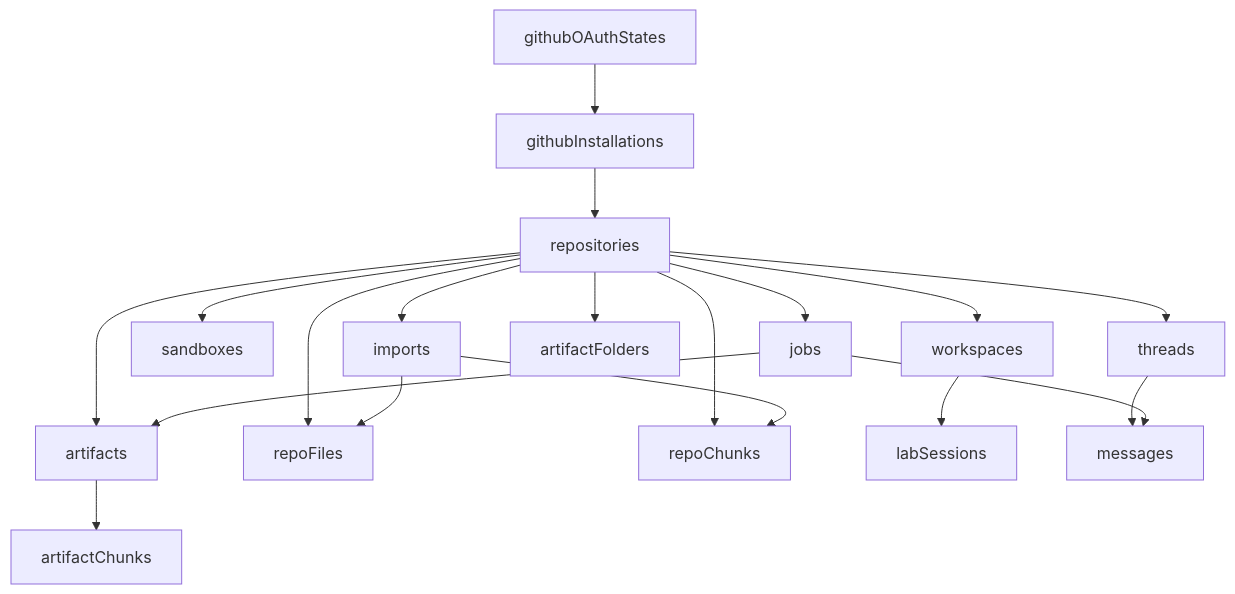
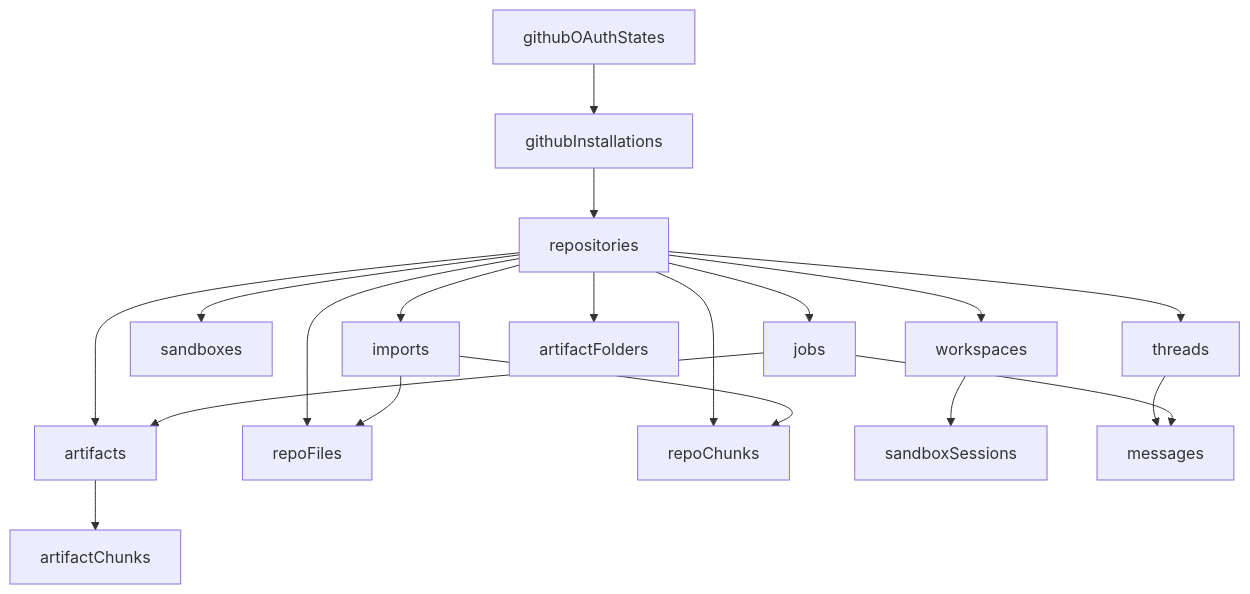
The diagram in docs/domain-and-data-model.md (EricTsai83/systify), drawn with Mermaid before and after one commit. The commit also changed other lines of this file and 63 other files, not shown here.

````diff
--- a/docs/domain-and-data-model.md
+++ b/docs/domain-and-data-model.md
@@ -32,37 +32,37 @@
 ```mermaid
 flowchart TD
   Repository[repositories]
   Import[imports]
   Sandbox[sandboxes]
   Job[jobs]
   Artifact[artifacts]
   RepoFile[repoFiles]
   RepoChunk[repoChunks]
   Workspace[workspaces]
   ArtifactFolder[artifactFolders]
   ArtifactChunk[artifactChunks]
-  LabSession[labSessions]
+  SandboxSession[sandboxSessions]
   Thread[threads]
   Message[messages]
   Installation[githubInstallations]
   OAuthState[githubOAuthStates]
 
   Repository --> Import
   Repository --> Sandbox
   Repository --> Job
   Repository --> Artifact
   Repository --> RepoFile
   Repository --> RepoChunk
   Repository --> Workspace
   Repository --> ArtifactFolder
   Artifact --> ArtifactChunk
-  Workspace --> LabSession
+  Workspace --> SandboxSession
   Repository --> Thread
   Thread --> Message
   Import --> RepoFile
   Import --> RepoChunk
   Job --> Artifact
   Job --> Message
   Installation --> Repository
   OAuthState --> Installation
 ```
````
